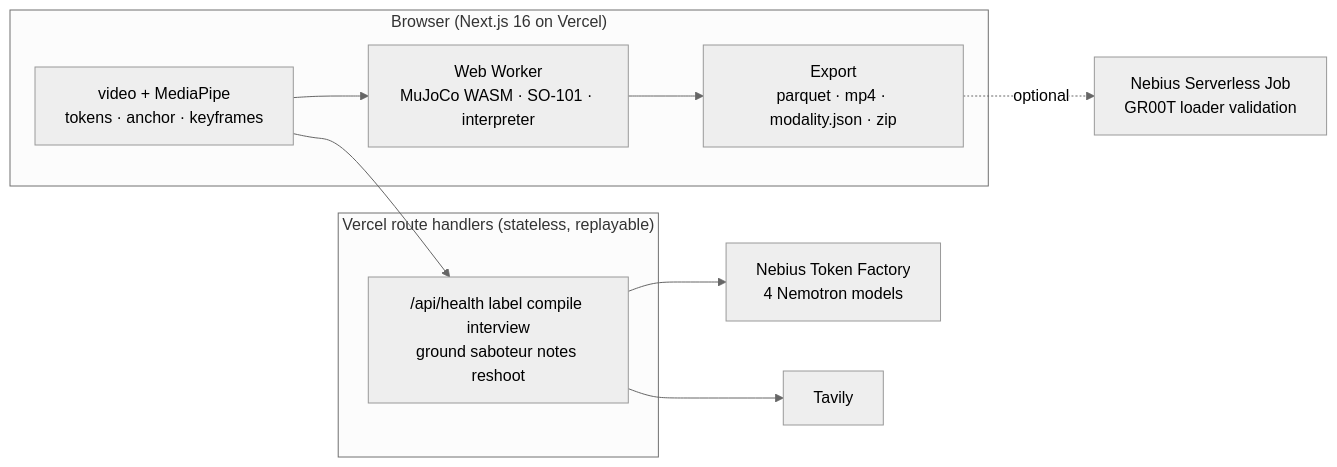
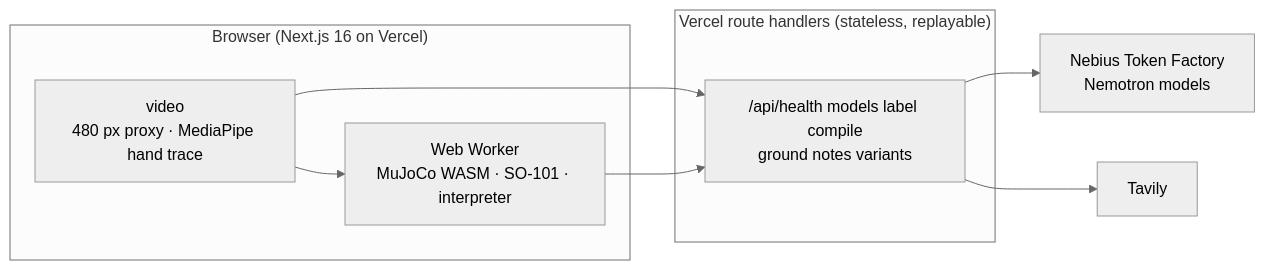
The diagram in README.md (gibouu/understudy), drawn with Mermaid (neutral theme) before and after one commit. The commit also changed other lines of this file and 2 other files, not shown here.

First line of the commit message:
Docs: say only what the site does; Saboteur, Reshoot and Export are next (#164) (#165)

````diff
--- a/README.md
+++ b/README.md
@@ -80,18 +91,16 @@
 ```mermaid
 flowchart LR
   subgraph Browser["Browser (Next.js 16 on Vercel)"]
-    V["video + MediaPipe<br/>tokens · anchor · keyframes"]
+    V["video<br/>480 px proxy · MediaPipe hand trace"]
     W["Web Worker<br/>MuJoCo WASM · SO-101 · interpreter"]
-    X["Export<br/>parquet · mp4 · modality.json · zip"]
-    V --> W --> X
+    V --> W
   end
   subgraph Routes["Vercel route handlers (stateless, replayable)"]
-    R["/api/health label compile interview<br/>ground saboteur notes reshoot"]
+    R["/api/health models label compile<br/>ground notes variants"]
   end
-  TF["Nebius Token Factory<br/>4 Nemotron models"]
+  TF["Nebius Token Factory<br/>Nemotron models"]
   TV["Tavily"]
-  NJ["Nebius Serverless Job<br/>GR00T loader validation"]
   V --> R --> TF
+  W --> R
   R --> TV
-  X -. optional .-> NJ
 ```
````
